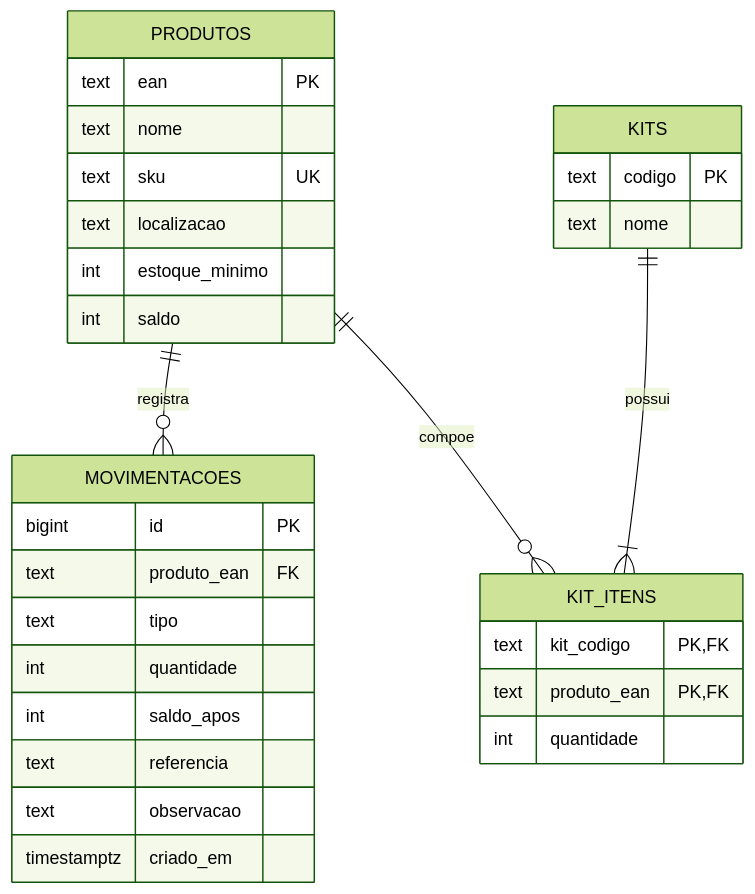
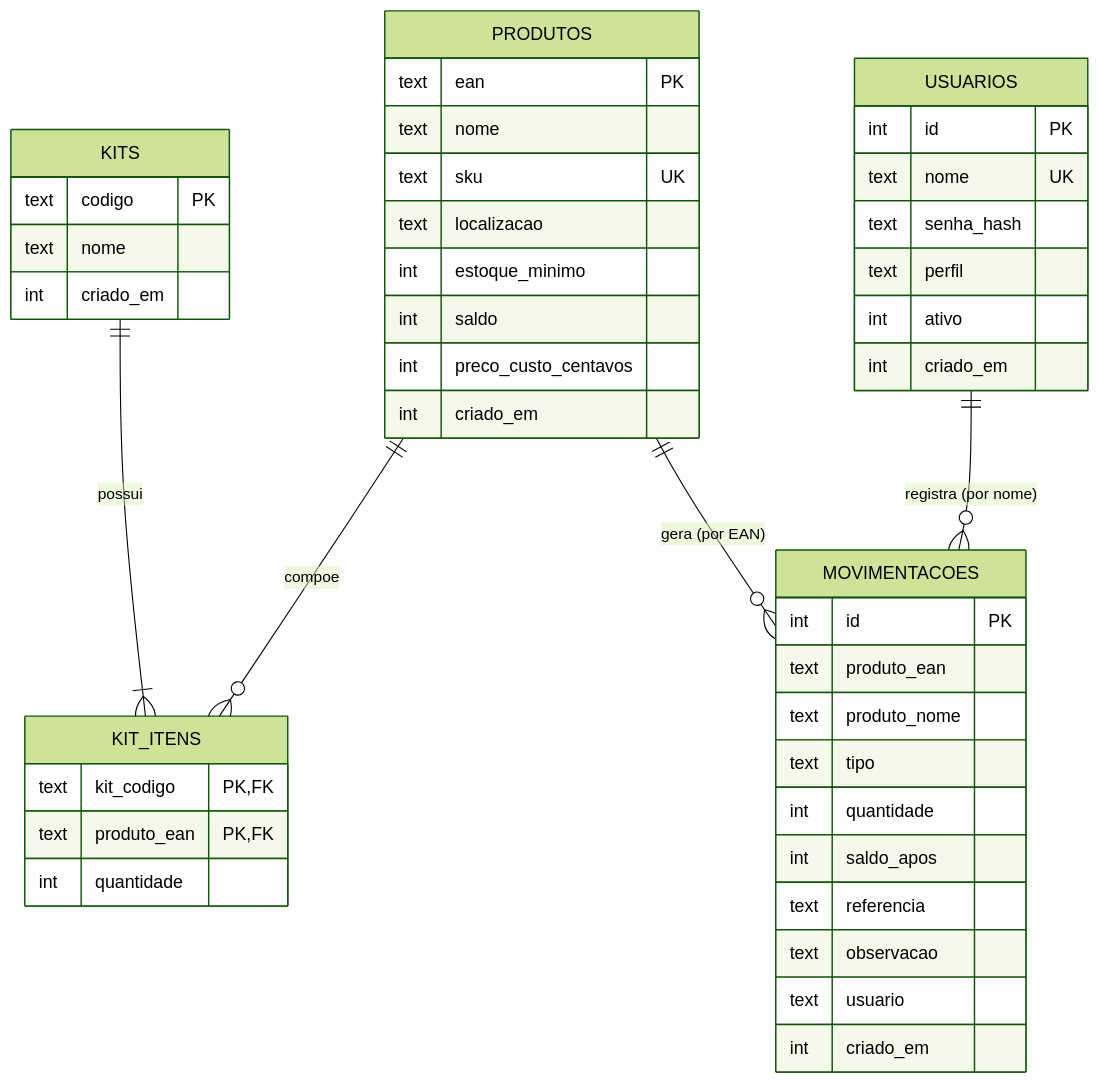
Before and after one commit to gabrielfreitas32/controle-estoque: the diagram in docs/modelo-de-dados.md, drawn with Mermaid (forest theme). The commit also changed other lines of this file and 71 other files, not shown here.

````diff
--- a/docs/modelo-de-dados.md
+++ b/docs/modelo-de-dados.md
@@ -7,34 +7,48 @@
 ```mermaid
 erDiagram
-    PRODUTOS ||--o{ MOVIMENTACOES : "registra"
     PRODUTOS ||--o{ KIT_ITENS : "compoe"
     KITS ||--|{ KIT_ITENS : "possui"
+    USUARIOS ||--o{ MOVIMENTACOES : "registra (por nome)"
+    PRODUTOS ||--o{ MOVIMENTACOES : "gera (por EAN)"
 
     PRODUTOS {
         text ean PK
         text nome
         text sku UK
         text localizacao
         int estoque_minimo
         int saldo
+        int preco_custo_centavos
+        int criado_em
     }
     KITS {
         text codigo PK
         text nome
+        int criado_em
     }
     KIT_ITENS {
         text kit_codigo PK, FK
         text produto_ean PK, FK
         int quantidade
     }
     MOVIMENTACOES {
-        bigint id PK
-        text produto_ean FK
+        int id PK
+        text produto_ean
+        text produto_nome
         text tipo
         int quantidade
         int saldo_apos
         text referencia
         text observacao
-        timestamptz criado_em
+        text usuario
+        int criado_em
+    }
+    USUARIOS {
+        int id PK
+        text nome UK
+        text senha_hash
+        text perfil
+        int ativo
+        int criado_em
     }
 ```
````
